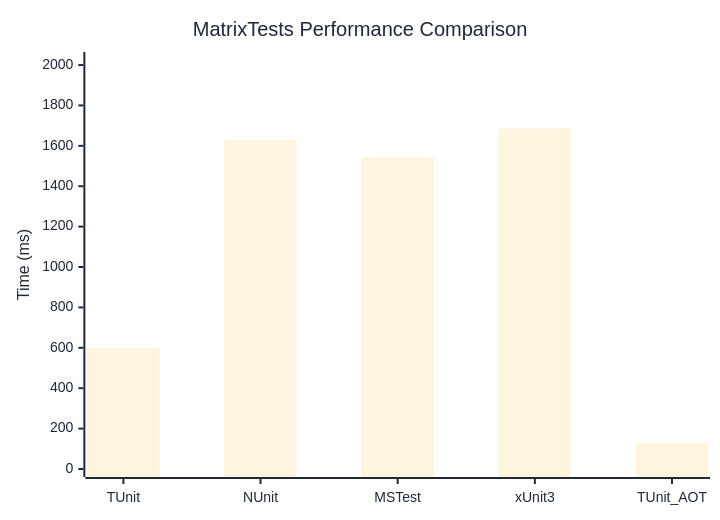
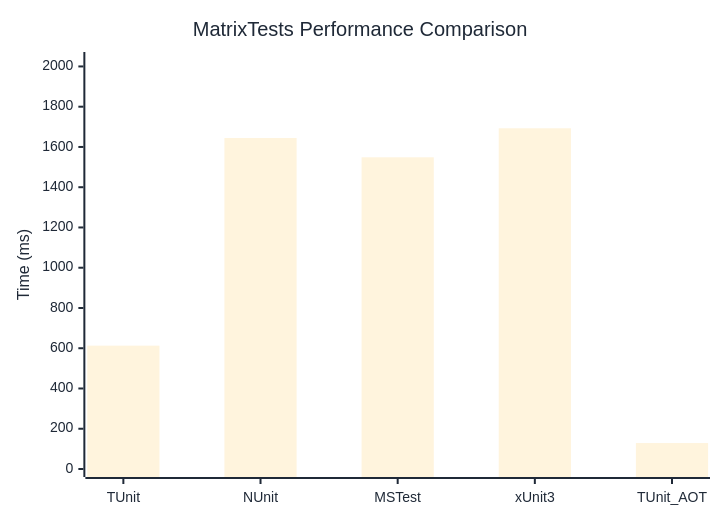
One commit to thomhurst/TUnit changed the diagram in docs/docs/benchmarks/MatrixTests.md. Above: the diagram before and after it, drawn with Mermaid. The commit also changed other lines of this file and 17 other files, not shown here.

````diff
--- a/docs/docs/benchmarks/MatrixTests.md
+++ b/docs/docs/benchmarks/MatrixTests.md
@@ -27,37 +27,37 @@
 ```mermaid
 %%{init: {
   'theme':'base',
   'themeVariables': {
     'primaryColor': '#2563eb',
     'primaryTextColor': '#1f2937',
     'primaryBorderColor': '#1e40af',
     'lineColor': '#6b7280',
     'secondaryColor': '#7c3aed',
     'tertiaryColor': '#dc2626',
     'background': '#ffffff',
     'mainBkg': '#2563eb',
     'secondBkg': '#7c3aed',
     'tertiaryBkg': '#dc2626',
     'clusterBkg': '#f3f4f6',
     'edgeLabelBackground': '#ffffff',
     'tertiaryTextColor': '#1f2937',
     'pie1': '#2563eb',
     'pie2': '#7c3aed',
     'pie3': '#dc2626',
     'pie4': '#f59e0b',
     'pie5': '#10b981',
     'pie6': '#06b6d4',
     'pie7': '#ec4899',
     'pie8': '#6366f1',
     'pie9': '#84cc16',
     'pie10': '#f97316',
     'pie11': '#14b8a6',
     'pie12': '#a855f7'
   }
 }}%%
 xychart-beta
   title "MatrixTests Performance Comparison"
   x-axis ["TUnit", "NUnit", "MSTest", "xUnit3", "TUnit_AOT"]
-  y-axis "Time (ms)" 0 --> 2025
-  bar [600.2, 1627.8, 1544.2, 1687, 129.3]
+  y-axis "Time (ms)" 0 --> 2032
+  bar [612.8, 1644.4, 1548.6, 1692.8, 129]
 ```
````
